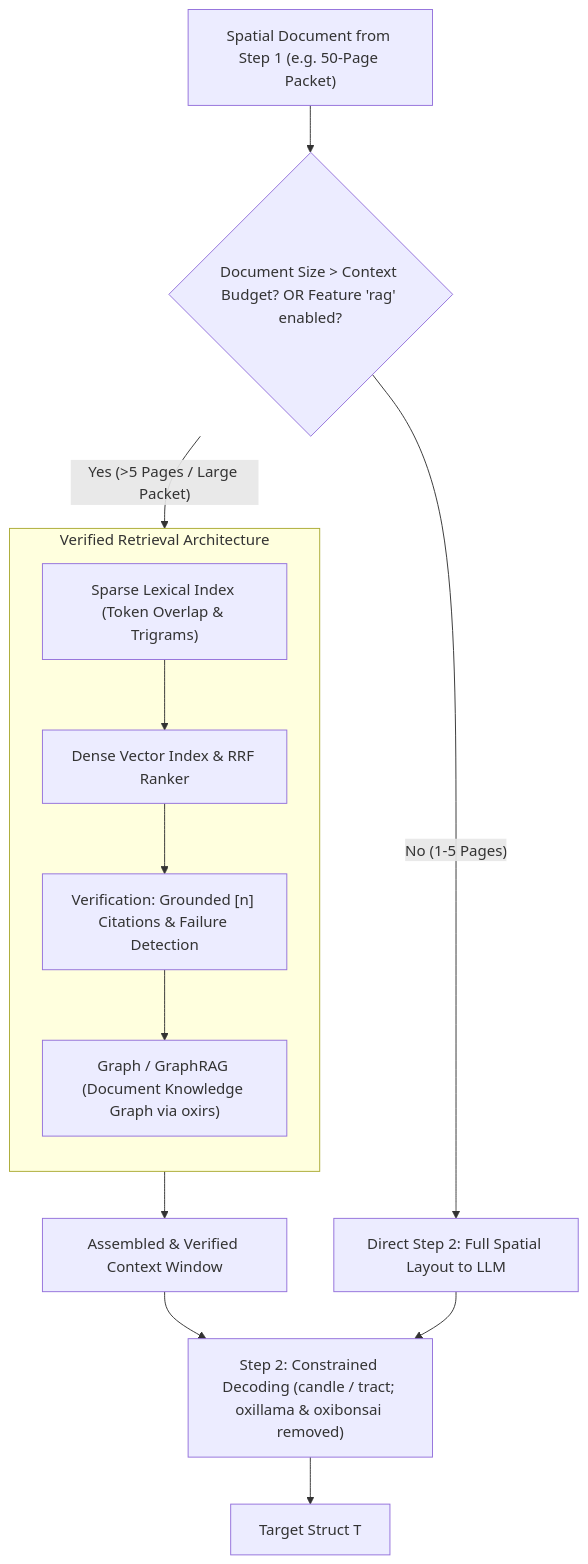
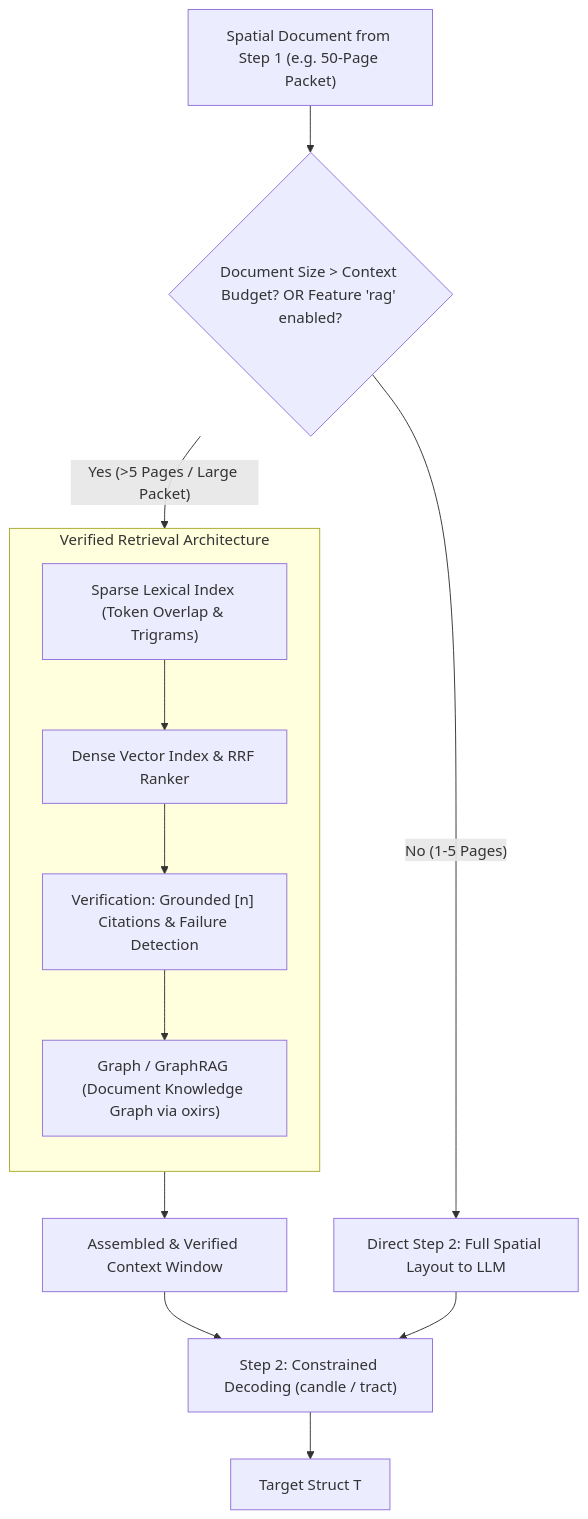
The first of 2 diagrams in docs/11_RAG_AND_LARGE_DOCUMENT_RETRIEVAL.md (yasuomaidana/docula), drawn with Mermaid before and after one commit. The commit also changed other lines of this file and 16 other files, not shown here.

Commit message:
[DOCULA-45] docs: drop removed oxirag/oxillama/oxibonsai from status and specs

````diff
--- a/docs/11_RAG_AND_LARGE_DOCUMENT_RETRIEVAL.md
+++ b/docs/11_RAG_AND_LARGE_DOCUMENT_RETRIEVAL.md
@@ -21,20 +21,20 @@
 ```mermaid
 flowchart TD
     SpatialDoc["Spatial Document from Step 1 (e.g. 50-Page Packet)"] --> ContextCheck{"Document Size > Context Budget? OR Feature 'rag' enabled?"}
     ContextCheck -- " No (1-5 Pages) " --> DirectStep2["Direct Step 2: Full Spatial Layout to LLM"]
-    ContextCheck -- " Yes (>5 Pages / Large Packet) " --> VerifiedRagEngine["embedag_rag::VerifiedRagEngine (oxirag was removed)"]
+    ContextCheck -- " Yes (>5 Pages / Large Packet) " --> VerifiedRagEngine["embedag_rag::VerifiedRagEngine"]
 
     subgraph VerifiedRagEngine["Verified Retrieval Architecture"]
         direction TB
         L1["Sparse Lexical Index (Token Overlap & Trigrams)"]
         L2["Dense Vector Index & RRF Ranker"]
         L3["Verification: Grounded [n] Citations & Failure Detection"]
         L4["Graph / GraphRAG (Document Knowledge Graph via oxirs)"]
         L1 --> L2 --> L3 --> L4
     end
 
     VerifiedRagEngine --> AssembledContext["Assembled & Verified Context Window"]
-    AssembledContext --> Step2LLM["Step 2: Constrained Decoding (candle / tract; oxillama & oxibonsai removed)"]
+    AssembledContext --> Step2LLM["Step 2: Constrained Decoding (candle / tract)"]
     DirectStep2 --> Step2LLM
     Step2LLM --> FinalStruct["Target Struct T"]
 ```
````
